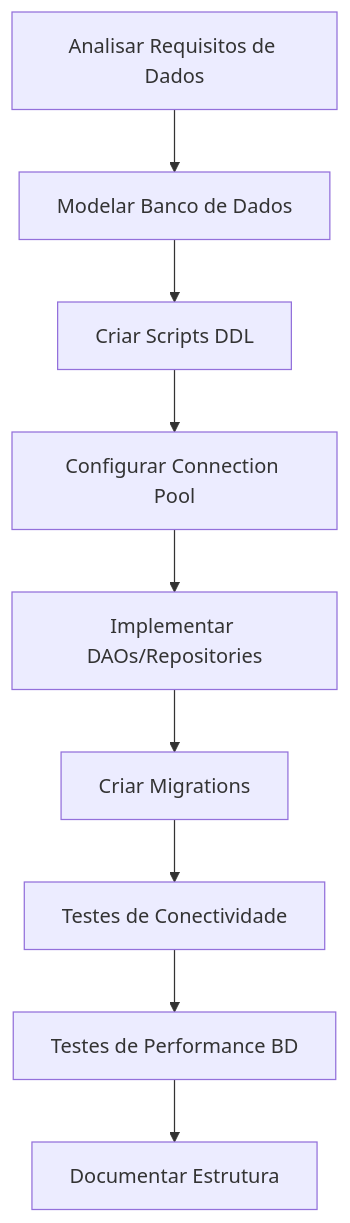
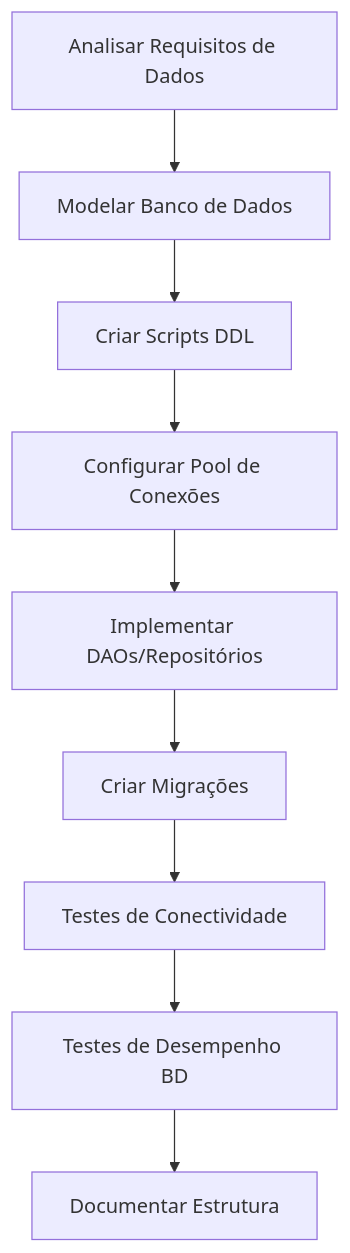
Before and after one commit to llopes05/pds-corporativo: the fifth of 8 diagrams in index.md, drawn with Mermaid. The commit also changed other lines of this file and 2 other files, not shown here.

````diff
--- a/index.md
+++ b/index.md
@@ -98,11 +94,11 @@
 ```mermaid
 flowchart TD
     A[Analisar Requisitos de Dados] --> B[Modelar Banco de Dados]
     B --> C[Criar Scripts DDL]
-    C --> D[Configurar Connection Pool]
-    D --> E[Implementar DAOs/Repositories]
-    E --> F[Criar Migrations]
+    C --> D[Configurar Pool de Conexões]
+    D --> E[Implementar DAOs/Repositórios]
+    E --> F[Criar Migrações]
     F --> G[Testes de Conectividade]
-    G --> H[Testes de Performance BD]
+    G --> H[Testes de Desempenho BD]
     H --> I[Documentar Estrutura]
 ```
````
